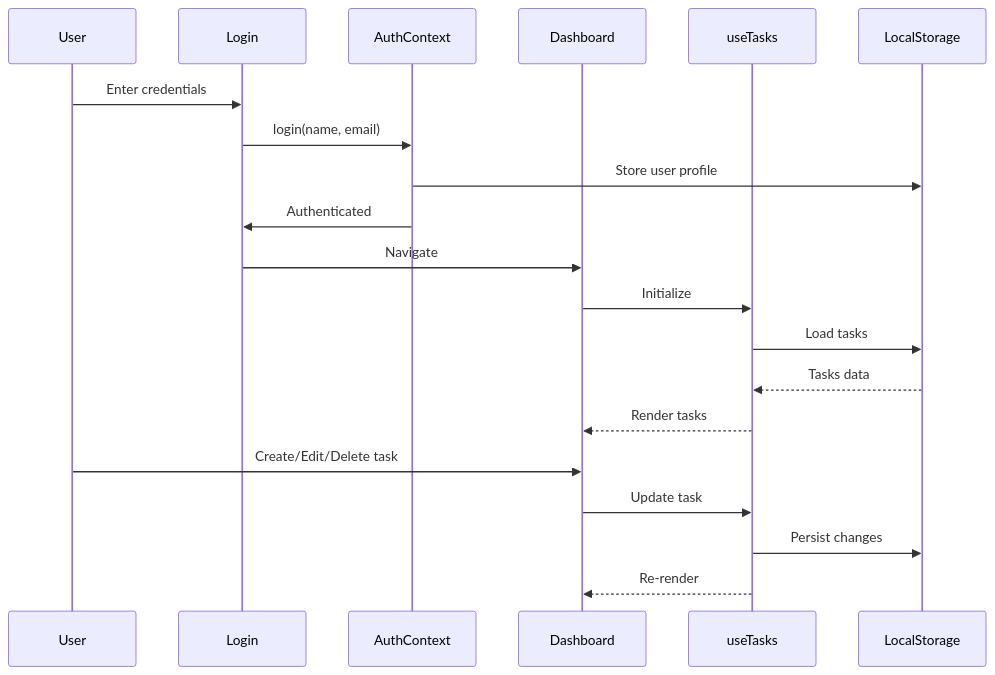
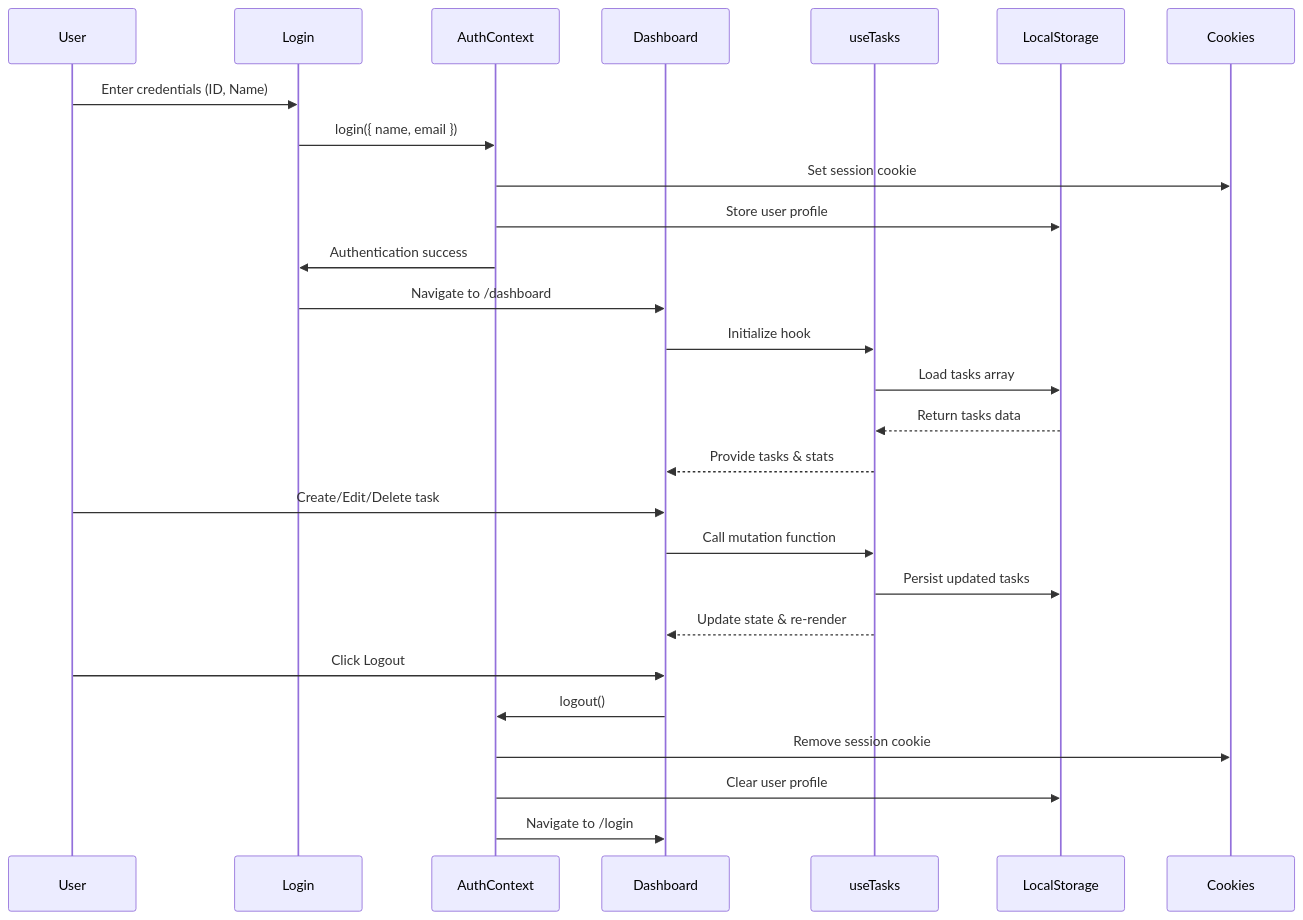
Before and after one commit to suhesnabasu/tdcx-task-dashboard: the second of 3 diagrams in README.md, drawn with Mermaid. The commit also changed other lines of this file and 17 other files, not shown here.

````diff
--- a/README.md
+++ b/README.md
@@ -77,25 +189,33 @@
 ```mermaid
 sequenceDiagram
     participant User
     participant Login
     participant AuthContext
     participant Dashboard
     participant useTasks
     participant LocalStorage
+    participant Cookies
     
-    User->>Login: Enter credentials
-    Login->>AuthContext: login(name, email)
+    User->>Login: Enter credentials (ID, Name)
+    Login->>AuthContext: login({ name, email })
+    AuthContext->>Cookies: Set session cookie
     AuthContext->>LocalStorage: Store user profile
-    AuthContext->>Login: Authenticated
-    Login->>Dashboard: Navigate
+    AuthContext->>Login: Authentication success
+    Login->>Dashboard: Navigate to /dashboard
     
-    Dashboard->>useTasks: Initialize
-    useTasks->>LocalStorage: Load tasks
-    LocalStorage-->>useTasks: Tasks data
-    useTasks-->>Dashboard: Render tasks
+    Dashboard->>useTasks: Initialize hook
+    useTasks->>LocalStorage: Load tasks array
+    LocalStorage-->>useTasks: Return tasks data
+    useTasks-->>Dashboard: Provide tasks & stats
     
     User->>Dashboard: Create/Edit/Delete task
-    Dashboard->>useTasks: Update task
-    useTasks->>LocalStorage: Persist changes
-    useTasks-->>Dashboard: Re-render
+    Dashboard->>useTasks: Call mutation function
+    useTasks->>LocalStorage: Persist updated tasks
+    useTasks-->>Dashboard: Update state & re-render
+    
+    User->>Dashboard: Click Logout
+    Dashboard->>AuthContext: logout()
+    AuthContext->>Cookies: Remove session cookie
+    AuthContext->>LocalStorage: Clear user profile
+    AuthContext->>Dashboard: Navigate to /login
 ```
````
